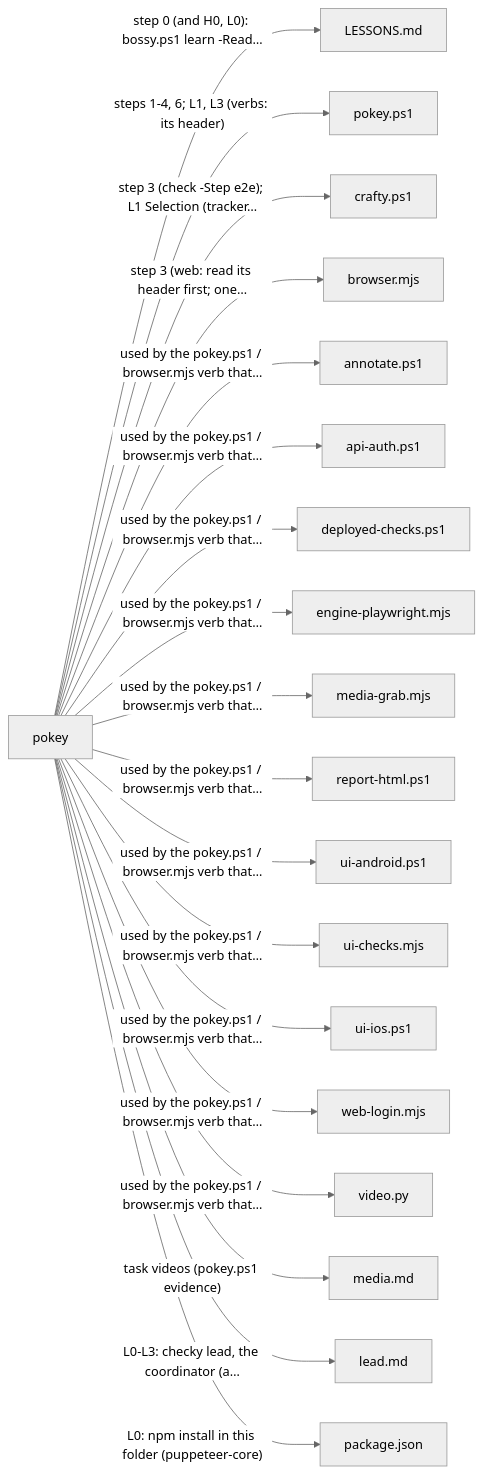
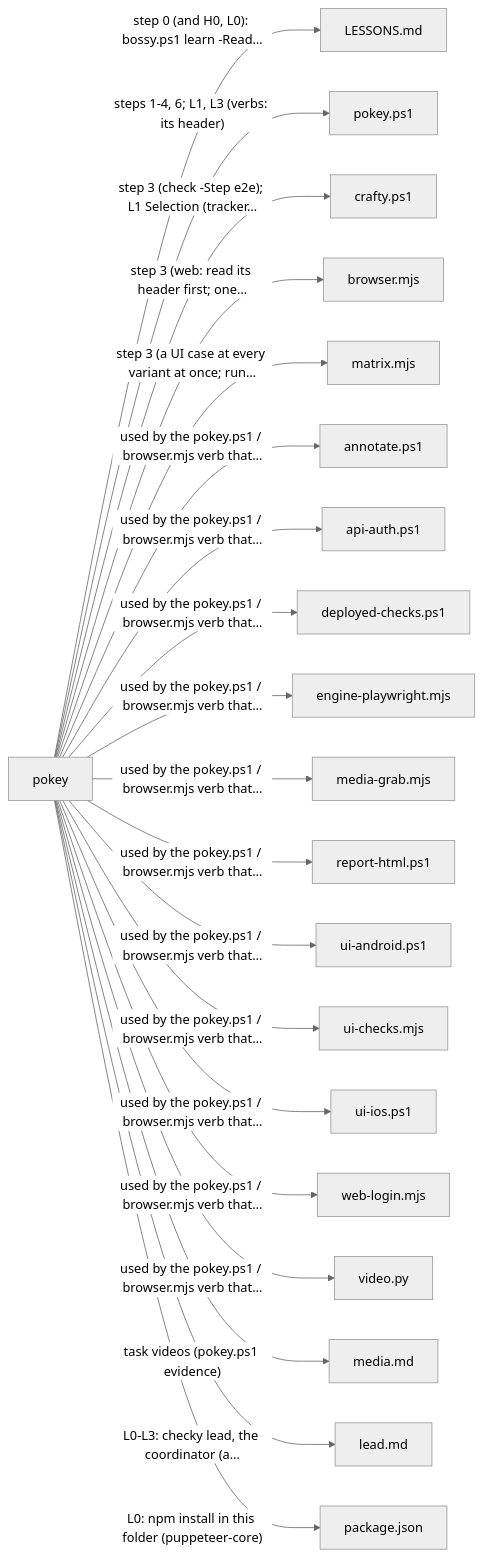
Before and after one commit to prskid1000/claude-crew: the sixth of 9 diagrams in README.md, drawn with Mermaid (neutral theme). The commit also changed 8 other files, not shown here.

First line of the commit message:
fix(pokey): matrix CLI in its own entry; openNav for narrow screens

````diff
--- a/README.md
+++ b/README.md
@@ -589,22 +589,23 @@
 ```mermaid
 flowchart LR
   skills_pokey_SKILL_md["pokey"]
   skills_pokey_SKILL_md -->|"step 0 (and H0, L0): bossy.ps1 learn -Read…"| LESSONS_md["LESSONS.md"]
   skills_pokey_SKILL_md -->|"steps 1-4, 6; L1, L3 (verbs: its header)"| skills_pokey_pokey_ps1["pokey.ps1"]
   skills_pokey_SKILL_md -->|"step 3 (check -Step e2e); L1 Selection (tracker…"| skills_crafty_crafty_ps1["crafty.ps1"]
   skills_pokey_SKILL_md -->|"step 3 (web: read its header first; one…"| skills_pokey_browser_mjs["browser.mjs"]
+  skills_pokey_SKILL_md -->|"step 3 (a UI case at every variant at once; run…"| skills_pokey_matrix_mjs["matrix.mjs"]
   skills_pokey_SKILL_md -->|"used by the pokey.ps1 / browser.mjs verb that…"| skills_pokey_adapters_annotate_ps1["annotate.ps1"]
   skills_pokey_SKILL_md -->|"used by the pokey.ps1 / browser.mjs verb that…"| skills_pokey_adapters_api_auth_ps1["api-auth.ps1"]
   skills_pokey_SKILL_md -->|"used by the pokey.ps1 / browser.mjs verb that…"| skills_pokey_adapters_deployed_checks_ps1["deployed-checks.ps1"]
   skills_pokey_SKILL_md -->|"used by the pokey.ps1 / browser.mjs verb that…"| skills_pokey_adapters_engine_playwright_mjs["engine-playwright.mjs"]
   skills_pokey_SKILL_md -->|"used by the pokey.ps1 / browser.mjs verb that…"| skills_pokey_adapters_media_grab_mjs["media-grab.mjs"]
   skills_pokey_SKILL_md -->|"used by the pokey.ps1 / browser.mjs verb that…"| skills_pokey_adapters_report_html_ps1["report-html.ps1"]
   skills_pokey_SKILL_md -->|"used by the pokey.ps1 / browser.mjs verb that…"| skills_pokey_adapters_ui_android_ps1["ui-android.ps1"]
   skills_pokey_SKILL_md -->|"used by the pokey.ps1 / browser.mjs verb that…"| skills_pokey_adapters_ui_checks_mjs["ui-checks.mjs"]
   skills_pokey_SKILL_md -->|"used by the pokey.ps1 / browser.mjs verb that…"| skills_pokey_adapters_ui_ios_ps1["ui-ios.ps1"]
   skills_pokey_SKILL_md -->|"used by the pokey.ps1 / browser.mjs verb that…"| skills_pokey_adapters_web_login_mjs["web-login.mjs"]
   skills_pokey_SKILL_md -->|"used by the pokey.ps1 / browser.mjs verb that…"| skills_pokey_video_py["video.py"]
   skills_pokey_SKILL_md -->|"task videos (pokey.ps1 evidence)"| skills_pokey_media_md["media.md"]
   skills_pokey_SKILL_md -->|"L0-L3: checky lead, the coordinator (a…"| skills_pokey_lead_md["lead.md"]
   skills_pokey_SKILL_md -->|"L0: npm install in this folder (puppeteer-core)"| skills_pokey_package_json["package.json"]
 ```
````
